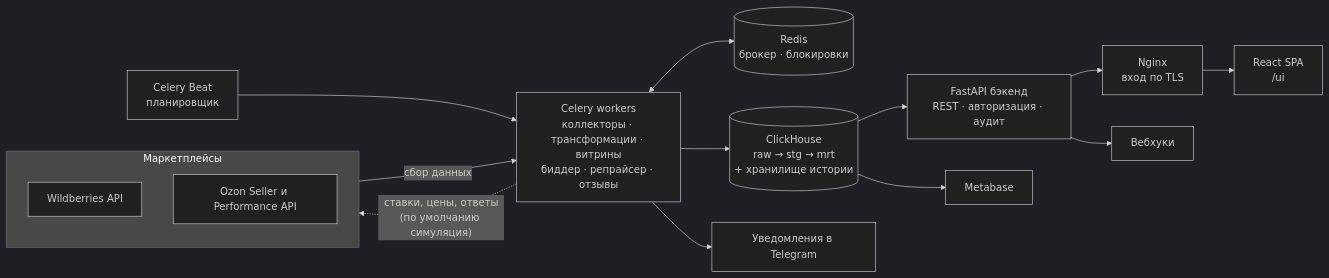
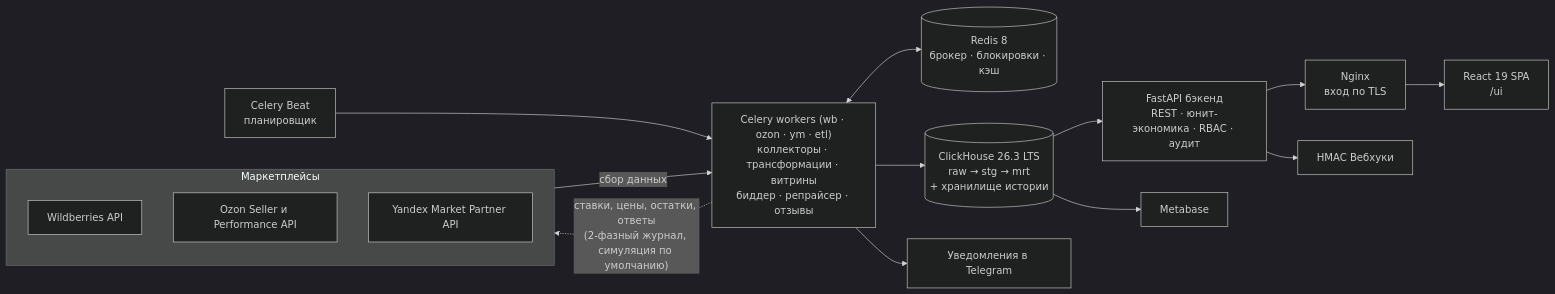
Before and after one commit to Bormotoon/BormoStats: the diagram in README.ru.md, drawn with Mermaid (dark theme). The commit also changed other lines of this file and 40 other files, not shown here.

````diff
--- a/README.ru.md
+++ b/README.ru.md
@@ -239,19 +254,20 @@
 ```mermaid
 flowchart LR
     subgraph MP["Маркетплейсы"]
         WB["Wildberries API"]
         OZ["Ozon Seller и Performance API"]
+        YM["Yandex Market Partner API"]
     end
 
     Beat["Celery Beat<br/>планировщик"] --> Worker
-    MP -- "сбор данных" --> Worker["Celery workers<br/>коллекторы · трансформации · витрины<br/>биддер · репрайсер · отзывы"]
-    Worker -. "ставки, цены, ответы<br/>(по умолчанию симуляция)" .-> MP
-    Worker <--> Redis[("Redis<br/>брокер · блокировки")]
-    Worker --> CH[("ClickHouse<br/>raw → stg → mrt<br/>+ хранилище истории")]
-    CH --> API["FastAPI бэкенд<br/>REST · авторизация · аудит"]
+    MP -- "сбор данных" --> Worker["Celery workers (wb · ozon · ym · etl)<br/>коллекторы · трансформации · витрины<br/>биддер · репрайсер · отзывы"]
+    Worker -. "ставки, цены, остатки, ответы<br/>(2-фазный журнал, симуляция по умолчанию)" .-> MP
+    Worker <--> Redis[("Redis 8<br/>брокер · блокировки · кэш")]
+    Worker --> CH[("ClickHouse 26.3 LTS<br/>raw → stg → mrt<br/>+ хранилище истории")]
+    CH --> API["FastAPI бэкенд<br/>REST · юнит-экономика · RBAC · аудит"]
     API --> Nginx["Nginx<br/>вход по TLS"]
-    Nginx --> UI["React SPA<br/>/ui"]
+    Nginx --> UI["React 19 SPA<br/>/ui"]
     CH --> MB["Metabase"]
     Worker --> TG["Уведомления в Telegram"]
-    API --> WH["Вебхуки"]
+    API --> WH["HMAC Вебхуки"]
 ```
````
